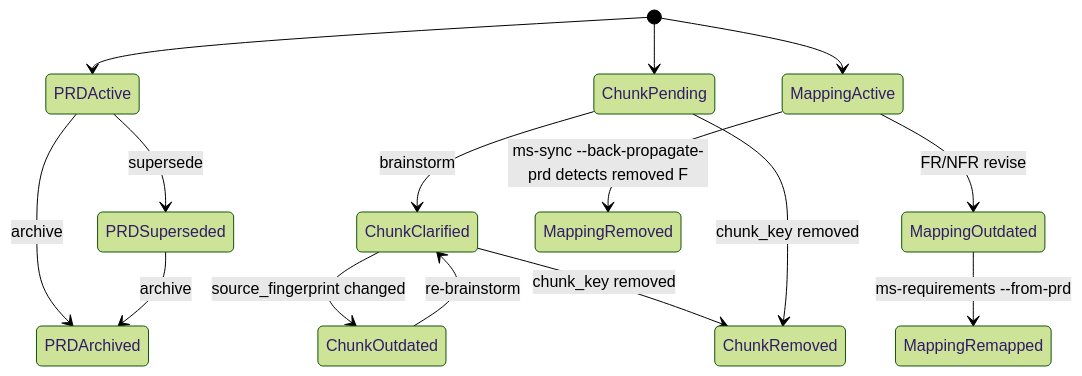
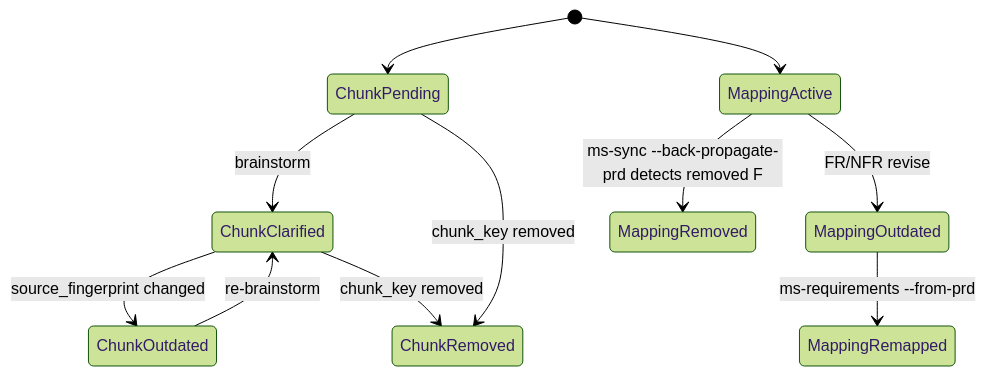
Before and after one commit to ab300819/keel-workflow: the diagram in skills/prd/references/governance/prd-revision-policy.md, drawn with Mermaid (forest theme). The commit also changed other lines of this file and 22 other files, not shown here.

````diff
--- a/skills/prd/references/governance/prd-revision-policy.md
+++ b/skills/prd/references/governance/prd-revision-policy.md
@@ -36,19 +35,14 @@
 ```mermaid
 stateDiagram-v2
-  [*] --> PRDActive
-  PRDActive --> PRDSuperseded: supersede
-  PRDActive --> PRDArchived: archive
-  PRDSuperseded --> PRDArchived: archive
-
   [*] --> ChunkPending
   ChunkPending --> ChunkClarified: brainstorm
   ChunkClarified --> ChunkOutdated: source_fingerprint changed
   ChunkOutdated --> ChunkClarified: re-brainstorm
   ChunkClarified --> ChunkRemoved: chunk_key removed
   ChunkPending --> ChunkRemoved: chunk_key removed
 
   [*] --> MappingActive
   MappingActive --> MappingOutdated: FR/NFR revise
   MappingOutdated --> MappingRemapped: ms-requirements --from-prd
   MappingActive --> MappingRemoved: ms-sync --back-propagate-prd detects removed F
 ```
````
